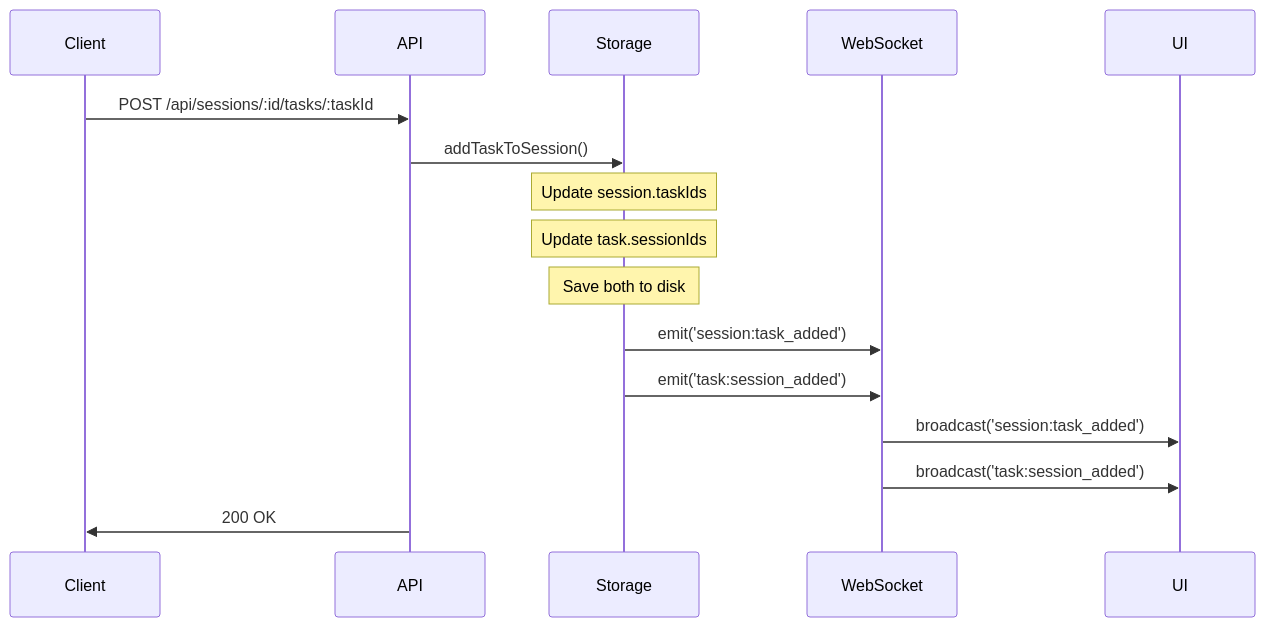
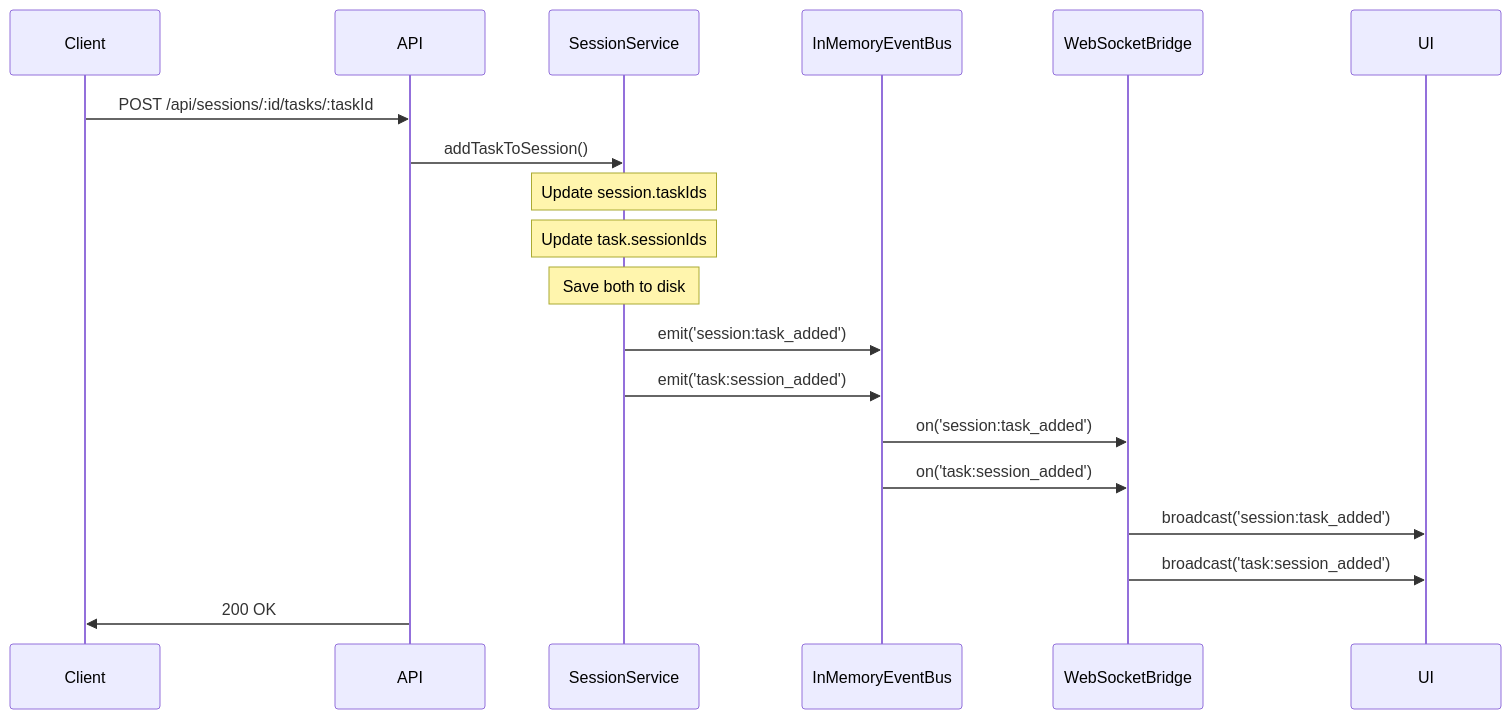
The third of 4 diagrams in maestro-server/spec/04-WEBSOCKET-SPECIFICATION.md (raghavared/agent-maestro), drawn with Mermaid before and after one commit. The commit also changed other lines of this file and 37 other files, not shown here.

````diff
--- a/maestro-server/spec/04-WEBSOCKET-SPECIFICATION.md
+++ b/maestro-server/spec/04-WEBSOCKET-SPECIFICATION.md
@@ -753,23 +736,27 @@
 ```mermaid
 sequenceDiagram
     participant Client
     participant API
-    participant Storage
-    participant WebSocket
+    participant Service as SessionService
+    participant EventBus as InMemoryEventBus
+    participant Bridge as WebSocketBridge
     participant UI
 
     Client->>API: POST /api/sessions/:id/tasks/:taskId
-    API->>Storage: addTaskToSession()
+    API->>Service: addTaskToSession()
 
-    Note over Storage: Update session.taskIds
-    Note over Storage: Update task.sessionIds
-    Note over Storage: Save both to disk
+    Note over Service: Update session.taskIds
+    Note over Service: Update task.sessionIds
+    Note over Service: Save both to disk
 
-    Storage->>WebSocket: emit('session:task_added')
-    Storage->>WebSocket: emit('task:session_added')
+    Service->>EventBus: emit('session:task_added')
+    Service->>EventBus: emit('task:session_added')
 
-    WebSocket->>UI: broadcast('session:task_added')
-    WebSocket->>UI: broadcast('task:session_added')
+    EventBus->>Bridge: on('session:task_added')
+    EventBus->>Bridge: on('task:session_added')
+
+    Bridge->>UI: broadcast('session:task_added')
+    Bridge->>UI: broadcast('task:session_added')
 
     API->>Client: 200 OK
 ```
````
